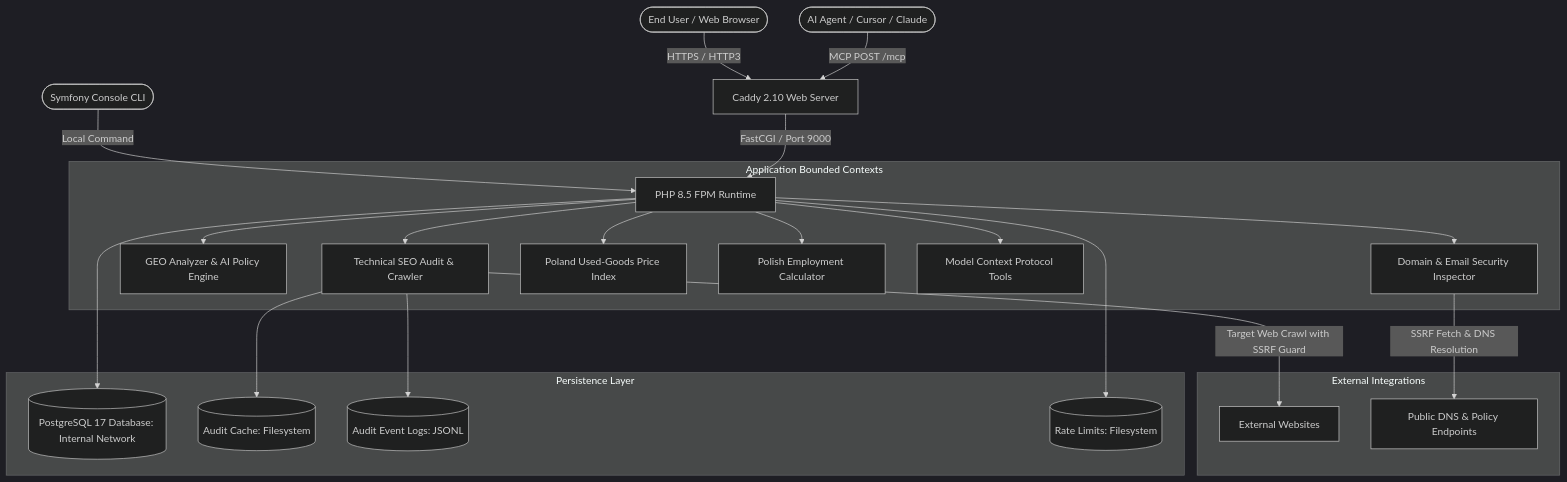
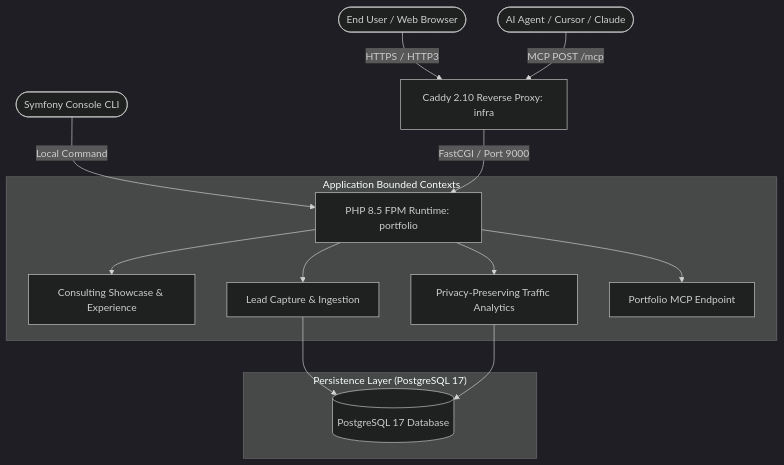
The diagram in ARCHITECTURE.md (bahdanhal/landing), drawn with Mermaid (dark theme) before and after one commit. The commit also changed other lines of this file and 24 other files, not shown here.

````diff
--- a/ARCHITECTURE.md
+++ b/ARCHITECTURE.md
@@ -9,29 +9,20 @@
 ```mermaid
 graph TD
-    User([End User / Web Browser]) -->|HTTPS / HTTP3| Caddy[Caddy 2.10 Web Server]
+    User([End User / Web Browser]) -->|HTTPS / HTTP3| Caddy[Caddy 2.10 Reverse Proxy: infra]
     Agent([AI Agent / Cursor / Claude]) -->|MCP POST /mcp| Caddy
-    CLI([Symfony Console CLI]) -->|Local Command| PHP[PHP 8.5 FPM Runtime]
+    CLI([Symfony Console CLI]) -->|Local Command| PHP[PHP 8.5 FPM Runtime: portfolio]
 
     Caddy -->|FastCGI / Port 9000| PHP
     
     subgraph "Application Bounded Contexts"
-        PHP --> AuditContext[Technical SEO Audit & Crawler]
-        PHP --> GeoContext[GEO Analyzer & AI Policy Engine]
-        PHP --> DomainInspectorContext[Domain & Email Security Inspector]
-        PHP --> MarketContext[Poland Used-Goods Price Index]
-        PHP --> IncomeContext[Polish Employment Calculator]
-        PHP --> McpContext[Model Context Protocol Tools]
+        PHP --> PortfolioContext[Consulting Showcase & Experience]
+        PHP --> LeadContext[Lead Capture & Ingestion]
+        PHP --> AnalyticsContext[Privacy-Preserving Traffic Analytics]
+        PHP --> McpContext[Portfolio MCP Endpoint]
     end
 
-    subgraph "External Integrations"
-        AuditContext -->|Target Web Crawl with SSRF Guard| InternetTarget[External Websites]
-        DomainInspectorContext -->|SSRF Fetch & DNS Resolution| DnsTarget[Public DNS & Policy Endpoints]
-    end
-
-    subgraph "Persistence Layer"
-        PHP --> PostgreSQL[(PostgreSQL 17 Database: Internal Network)]
-        AuditContext --> AuditCache[(Audit Cache: Filesystem)]
-        AuditContext --> AuditLogs[(Audit Event Logs: JSONL)]
-        PHP --> RateLimits[(Rate Limits: Filesystem)]
+    subgraph "Persistence Layer (PostgreSQL 17)"
+        LeadContext --> PostgreSQL[(PostgreSQL 17 Database)]
+        AnalyticsContext --> PostgreSQL
     end
 ```
````
